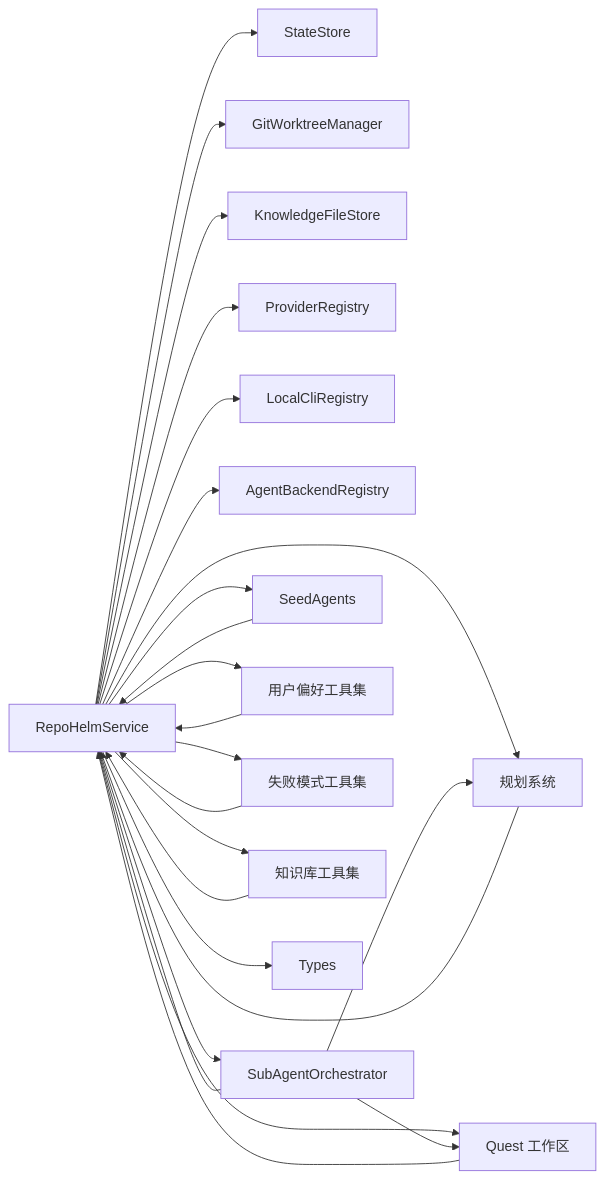
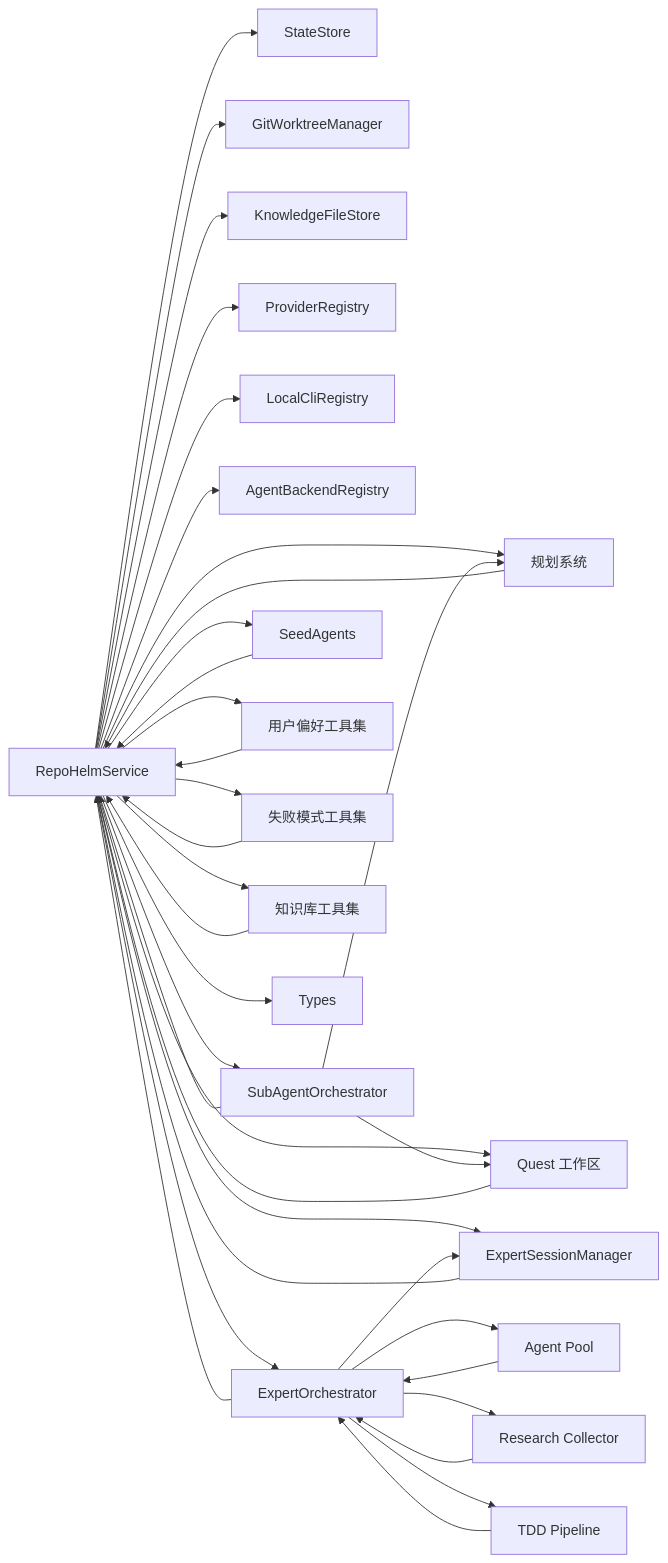
One commit to coconilu/RepoHelm changed diagram 20 of 20 in .qoder/repowiki/zh/content/核心服务模块/核心服务模块.md. Above: the diagram before and after it, drawn with Mermaid. The commit also changed other lines of this file and 14 other files, not shown here.

````diff
--- a/.qoder/repowiki/zh/content/核心服务模块/核心服务模块.md
+++ b/.qoder/repowiki/zh/content/核心服务模块/核心服务模块.md
@@ -818,26 +1276,37 @@
 ```mermaid
 graph LR
 S["RepoHelmService"] --> ST["StateStore"]
 S --> G["GitWorktreeManager"]
 S --> KF["KnowledgeFileStore"]
 S --> PR["ProviderRegistry"]
 S --> LR["LocalCliRegistry"]
 S --> AR["AgentBackendRegistry"]
 S --> O["SubAgentOrchestrator"]
+S --> EO["ExpertOrchestrator"]
+S --> SM["ExpertSessionManager"]
 S --> P["规划系统"]
 S --> QW["Quest 工作区"]
 S --> SA["SeedAgents"]
 S --> HT["用户偏好工具集"]
 S --> FT["失败模式工具集"]
 S --> KT["知识库工具集"]
 S --> T["Types"]
 O --> S
 O --> P
 O --> QW
+EO --> S
+EO --> SM
+EO --> AP["Agent Pool"]
+EO --> RC["Research Collector"]
+EO --> TP["TDD Pipeline"]
+SM --> S
+AP --> EO
+RC --> EO
+TP --> EO
 P --> S
 QW --> S
 SA --> S
 HT --> S
 FT --> S
 KT --> S
 ```
````
